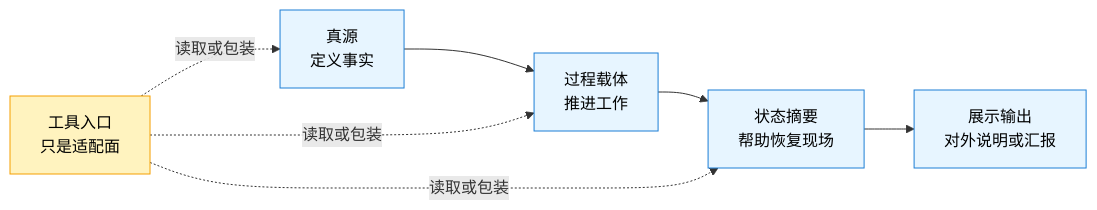
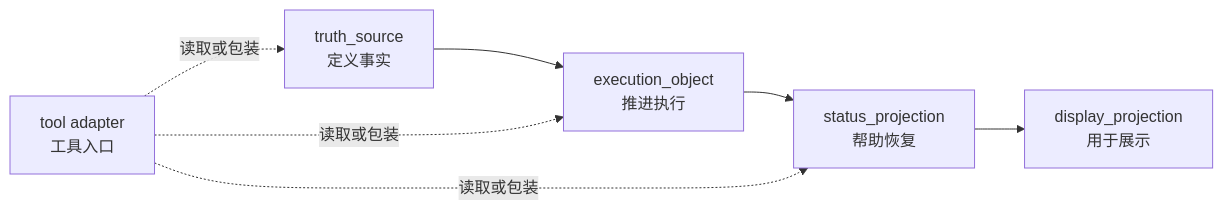
One commit to TeamZaobi/files-driven-governance changed the diagram in README.md. Above: the diagram before and after it, drawn with Mermaid. The commit also changed other lines of this file and 24 other files, not shown here.

````diff
--- a/README.md
+++ b/README.md
@@ -66,15 +46,10 @@
 ```mermaid
 flowchart LR
-    truth["真源<br/>定义事实"] --> exec["过程载体<br/>推进工作"]
-    exec --> status["状态摘要<br/>帮助恢复现场"]
-    status --> display["展示输出<br/>对外说明或汇报"]
+    truth["truth_source<br/>定义事实"] --> exec["execution_object<br/>推进执行"]
+    exec --> status["status_projection<br/>帮助恢复"]
+    status --> display["display_projection<br/>用于展示"]
 
-    tool["工具入口<br/>只是适配面"] -.读取或包装.-> truth
+    tool["tool adapter<br/>工具入口"] -.读取或包装.-> truth
     tool -.读取或包装.-> exec
     tool -.读取或包装.-> status
-
-    classDef core fill:#e7f5ff,stroke:#1c7ed6,color:#000;
-    classDef adapt fill:#fff3bf,stroke:#f59f00,color:#000;
-    class truth,exec,status,display core;
-    class tool adapt;
 ```
````
